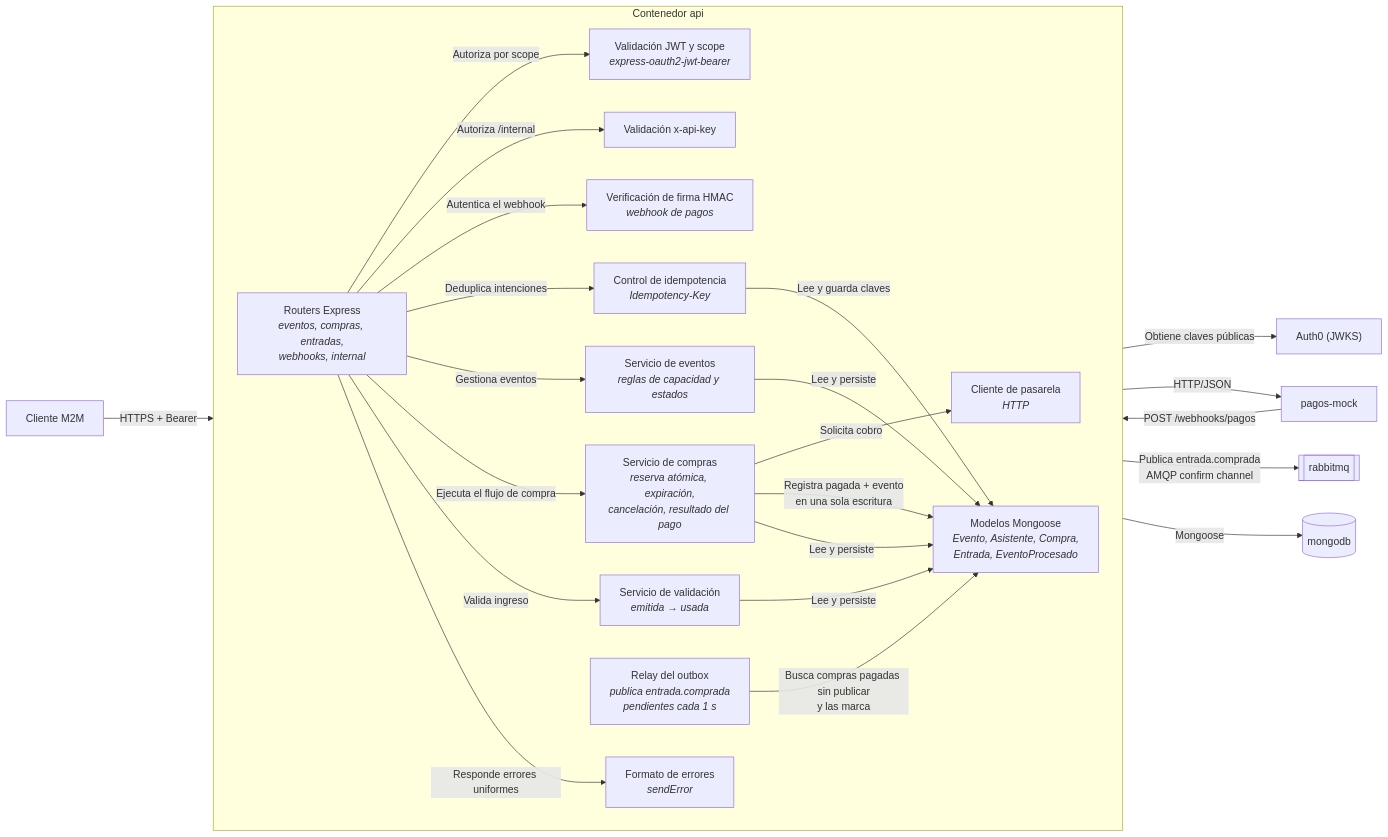
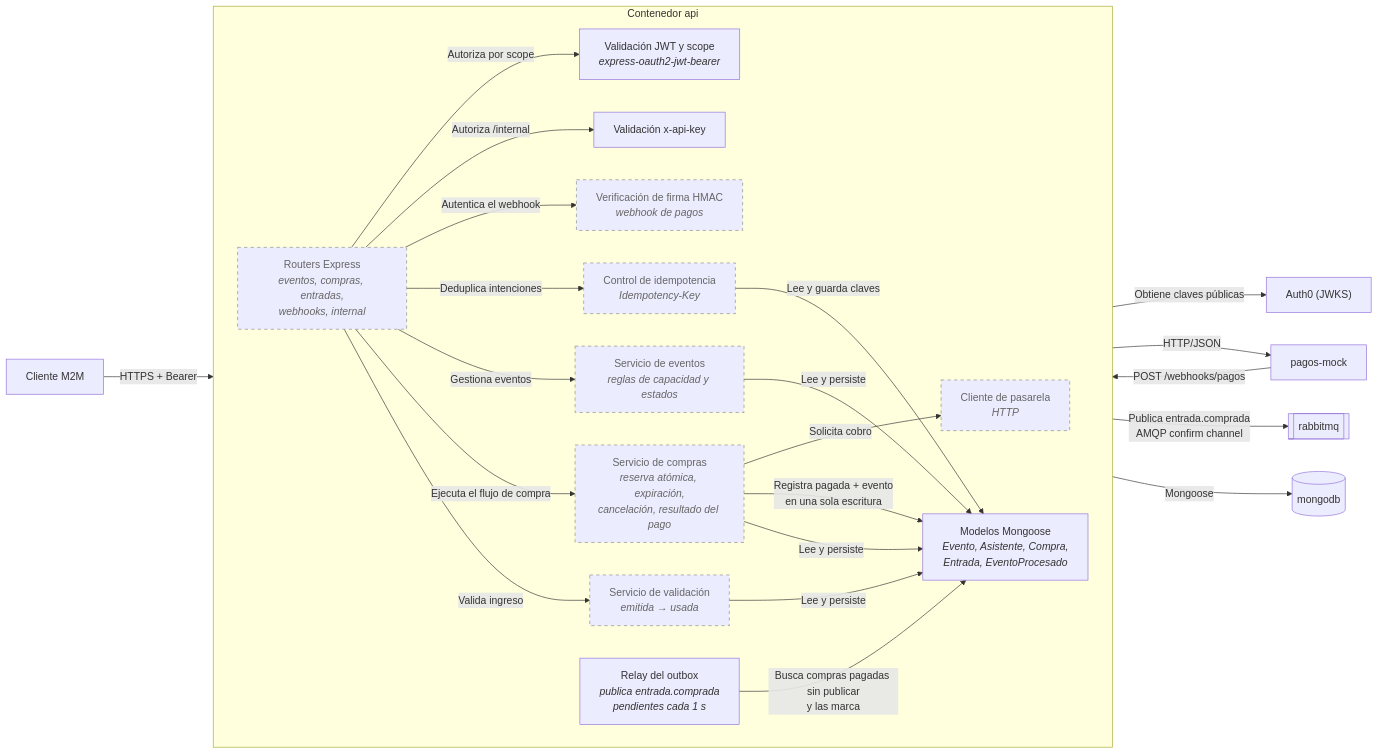
Before and after one commit to Juan-C-Ceballos/iaew-eventos-entradas: the first of 2 diagrams in docs/c4-component.md, drawn with Mermaid. The commit also changed other lines of this file and 4 other files, not shown here.

First line of the commit message:
[UPD] Diagramas C4: db-init fuera, sin sendError, lo planificado marcado y leyendas

````diff
--- a/docs/c4-component.md
+++ b/docs/c4-component.md
@@ -5,46 +5,47 @@
 ```mermaid
 flowchart LR
   cliente["Cliente M2M"]
   pasarela["pagos-mock"]
   mongo[("mongodb")]
   rabbit[["rabbitmq"]]
   auth0["Auth0 (JWKS)"]
 
   subgraph api["Contenedor api"]
     direction LR
     routers["Routers Express<br/><i>eventos, compras, entradas,<br/>webhooks, internal</i>"]
     authmw["Validación JWT y scope<br/><i>express-oauth2-jwt-bearer</i>"]
     apikey["Validación x-api-key"]
     firma["Verificación de firma HMAC<br/><i>webhook de pagos</i>"]
     idem["Control de idempotencia<br/><i>Idempotency-Key</i>"]
     svcEventos["Servicio de eventos<br/><i>reglas de capacidad y estados</i>"]
     svcCompras["Servicio de compras<br/><i>reserva atómica, expiración,<br/>cancelación, resultado del pago</i>"]
     svcEntradas["Servicio de validación<br/><i>emitida → usada</i>"]
     clientePagos["Cliente de pasarela<br/><i>HTTP</i>"]
     modelos["Modelos Mongoose<br/><i>Evento, Asistente, Compra,<br/>Entrada, EventoProcesado</i>"]
     relay["Relay del outbox<br/><i>publica entrada.comprada<br/>pendientes cada 1 s</i>"]
-    errores["Formato de errores<br/><i>sendError</i>"]
   end
 
   cliente -->|"HTTPS + Bearer"| routers
   pasarela -->|"POST /webhooks/pagos"| routers
   routers -->|"Autoriza por scope"| authmw
   authmw -->|"Obtiene claves públicas"| auth0
   routers -->|"Autoriza /internal"| apikey
   routers -->|"Autentica el webhook"| firma
   routers -->|"Deduplica intenciones"| idem
   routers -->|"Gestiona eventos"| svcEventos
   routers -->|"Ejecuta el flujo de compra"| svcCompras
   routers -->|"Valida ingreso"| svcEntradas
   svcCompras -->|"Solicita cobro"| clientePagos
   clientePagos -->|"HTTP/JSON"| pasarela
   svcCompras -->|"Registra pagada + evento<br/>en una sola escritura"| modelos
   relay -->|"Busca compras pagadas sin publicar<br/>y las marca"| modelos
   relay -->|"Publica entrada.comprada<br/>AMQP confirm channel"| rabbit
   idem -->|"Lee y guarda claves"| modelos
   svcEventos -->|"Lee y persiste"| modelos
   svcCompras -->|"Lee y persiste"| modelos
   svcEntradas -->|"Lee y persiste"| modelos
   modelos -->|"Mongoose"| mongo
-  routers -->|"Responde errores uniformes"| errores
+
+  classDef planificado stroke-dasharray: 5 5,stroke:#888,color:#666
+  class routers,firma,idem,svcEventos,svcCompras,svcEntradas,clientePagos planificado
 ```
````
